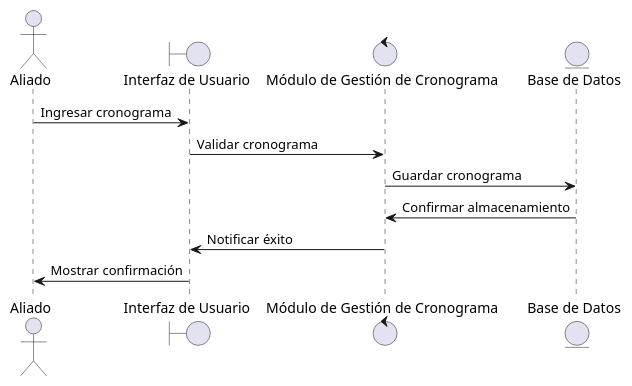
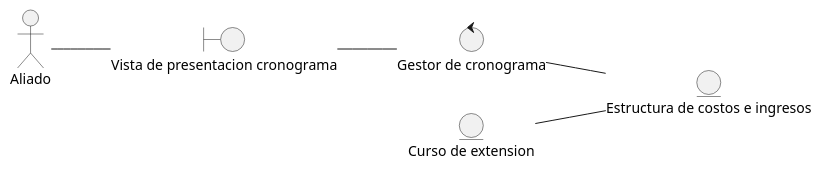
The diagram in docs/scenariosView/DisciplinaDeAnalisisDiagramaDeClasePresentarEstructura.plantuml (Samantha-Ramirez/ProyectoEquipo7ING), drawn with PlantUML before and after one commit. The commit also changed 4 other files, not shown here.

Commit message:
Diagramas de clases de analisis de presentaciones y formulacion 2906

```diff
--- a/docs/scenariosView/DisciplinaDeAnalisisDiagramaDeClasePresentarEstructura.plantuml
+++ b/docs/scenariosView/DisciplinaDeAnalisisDiagramaDeClasePresentarEstructura.plantuml
@@ -1,13 +1,18 @@
 @startuml DisciplinaDeAnalisisDiagramaDeClasePresentarEstructura
-actor Aliado
-boundary "Interfaz de Usuario" as IU
-control "Módulo de Gestión de Cronograma" as MGC
-entity "Base de Datos" as BD
+left to right direction
 
-Aliado -> IU : Ingresar cronograma
-IU -> MGC : Validar cronograma
-MGC -> BD : Guardar cronograma
-BD -> MGC : Confirmar almacenamiento
-MGC -> IU : Notificar éxito
-IU -> Aliado : Mostrar confirmación
+actor "Aliado" as actorAliado
+
+entity "Estructura de costos e ingresos" as entidadEstructura
+entity "Curso de extension" as entidadCursoExtension
+
+boundary "Vista de presentacion cronograma" as vistaPresentacionEstructura
+
+control "Gestor de cronograma" as ctrlGestorEstructura
+
+actorAliado -- vistaPresentacionEstructura
+vistaPresentacionEstructura -- ctrlGestorEstructura
+ctrlGestorEstructura -- entidadEstructura
+entidadCursoExtension -- entidadEstructura
+
 @enduml
```
